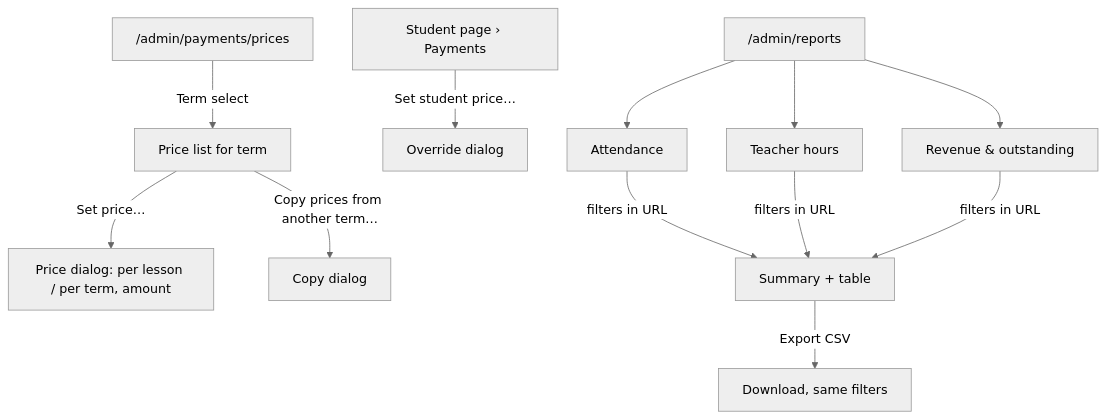
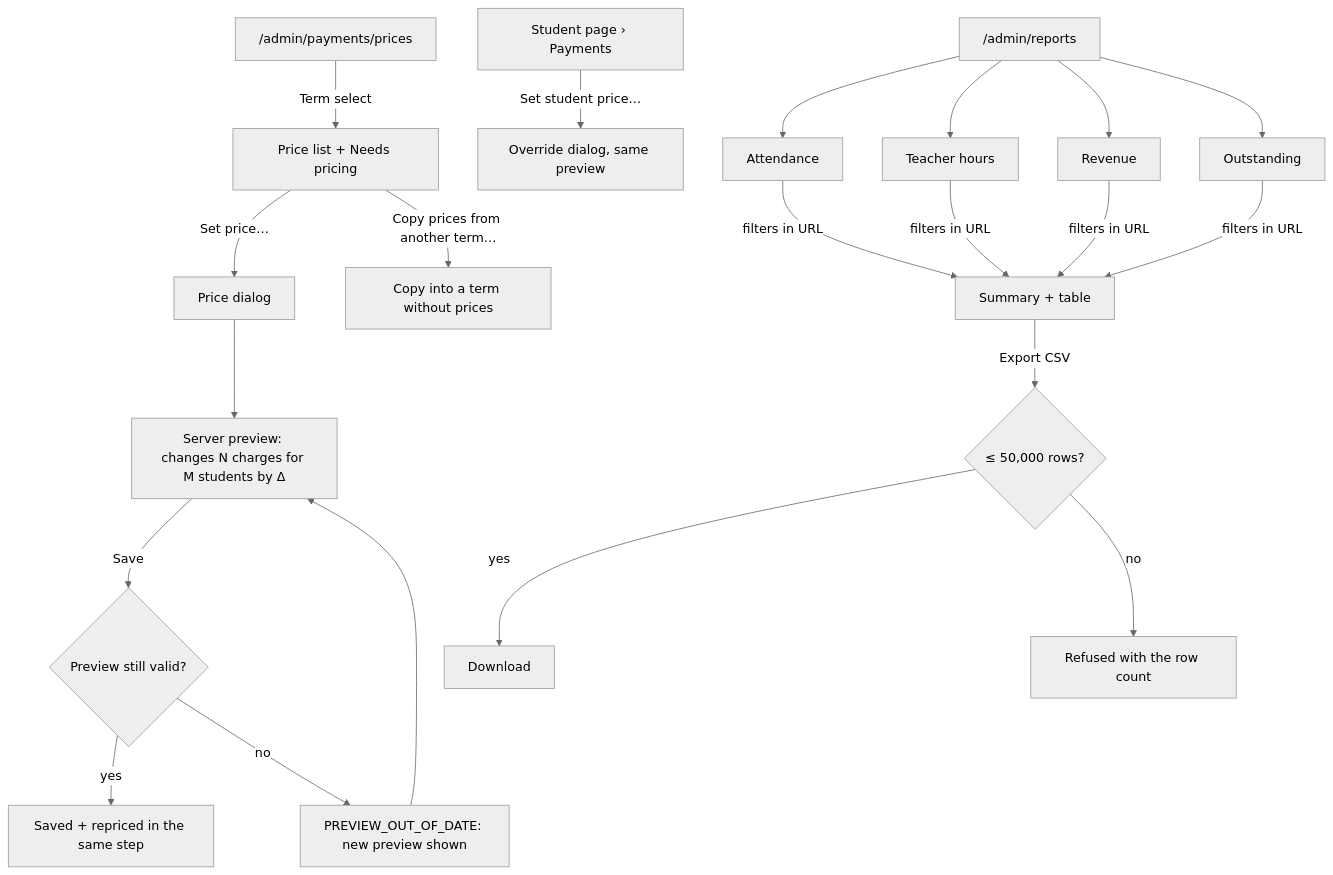
Before and after one commit to NoncommissionedRush/schoolmanager: the third of 4 diagrams in docs/design/payments-reports.md, drawn with Mermaid (neutral theme). The commit also changed other lines of this file and 1 other file, not shown here.

First line of the commit message:
docs(design): CARM-70 align payments spec with the phase 6 rules (B1–B9)

````diff
--- a/docs/design/payments-reports.md
+++ b/docs/design/payments-reports.md
@@ -168,10 +195,14 @@
 ```mermaid
 flowchart TD
-  PR["/admin/payments/prices"] -->|Term select| PT[Price list for term]
-  PT -->|Set price…| PD[Price dialog: per lesson / per term, amount]
-  PT -->|Copy prices from another term…| CP[Copy dialog]
-  SP[Student page › Payments] -->|Set student price…| SO[Override dialog]
-  RI["/admin/reports"] --> RA[Attendance] & RH[Teacher hours] & RR[Revenue & outstanding]
-  RA & RH & RR -->|filters in URL| RT[Summary + table]
-  RT -->|Export CSV| CSV[Download, same filters]
+  PR["/admin/payments/prices"] -->|Term select| PT[Price list + Needs pricing]
+  PT -->|Set price…| PD[Price dialog] --> PV[Server preview: changes N charges for M students by Δ] -->|Save| PS{Preview still valid?}
+  PS -- yes --> OK[Saved + repriced in the same step]
+  PS -- no --> OOD[PREVIEW_OUT_OF_DATE: new preview shown] --> PV
+  PT -->|Copy prices from another term…| CP[Copy into a term without prices]
+  SP[Student page › Payments] -->|Set student price…| SO[Override dialog, same preview]
+  RI["/admin/reports"] --> RA[Attendance] & RH[Teacher hours] & RR[Revenue] & RO[Outstanding]
+  RA & RH & RR & RO -->|filters in URL| RT[Summary + table]
+  RT -->|Export CSV| CSV{≤ 50,000 rows?}
+  CSV -- yes --> DL[Download]
+  CSV -- no --> TM[Refused with the row count]
 ```
````
